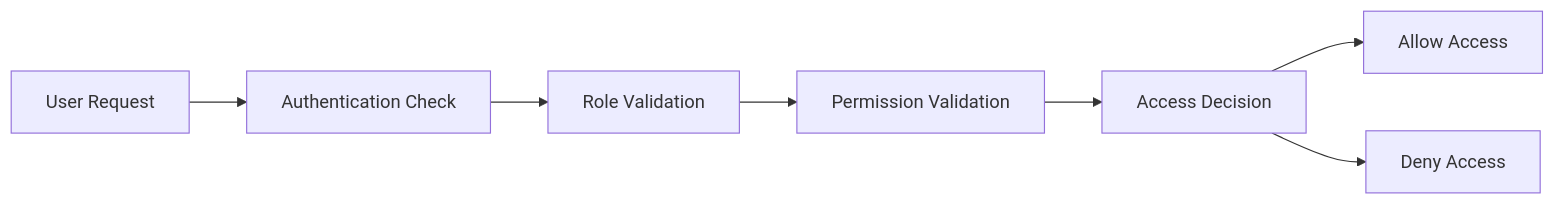
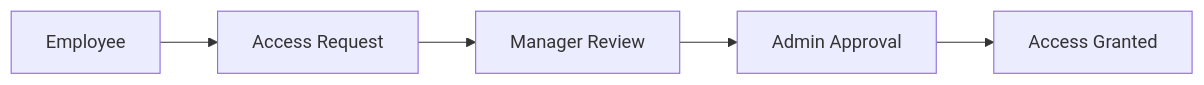
One commit to MotionPrograming/AuthorizationManagementSystem changed the sixth of 13 diagrams in README.md. Above: the diagram before and after it, drawn with Mermaid. The commit also changed other lines of this file, not shown here.

````diff
--- a/README.md
+++ b/README.md
@@ -512,27 +446,18 @@
 ```mermaid
 flowchart LR
 
-Request[User Request]
+    E[Employee]
 
-Auth[Authentication Check]
+    R[Access Request]
 
-Role[Role Validation]
+    M[Manager Review]
 
-Permission[Permission Validation]
+    A[Admin Approval]
 
-Decision[Access Decision]
+    G[Access Granted]
 
-
-Request --> Auth
-
-Auth --> Role
-
-Role --> Permission
-
-Permission --> Decision
-
-
-Decision --> Allow[Allow Access]
-
-Decision --> Deny[Deny Access]
+    E --> R
+    R --> M
+    M --> A
+    A --> G
 ```
````
